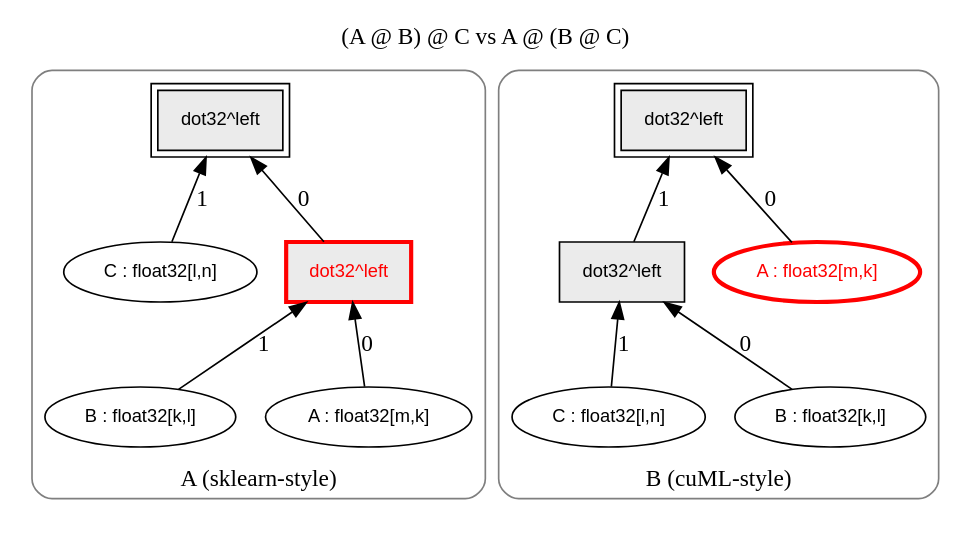
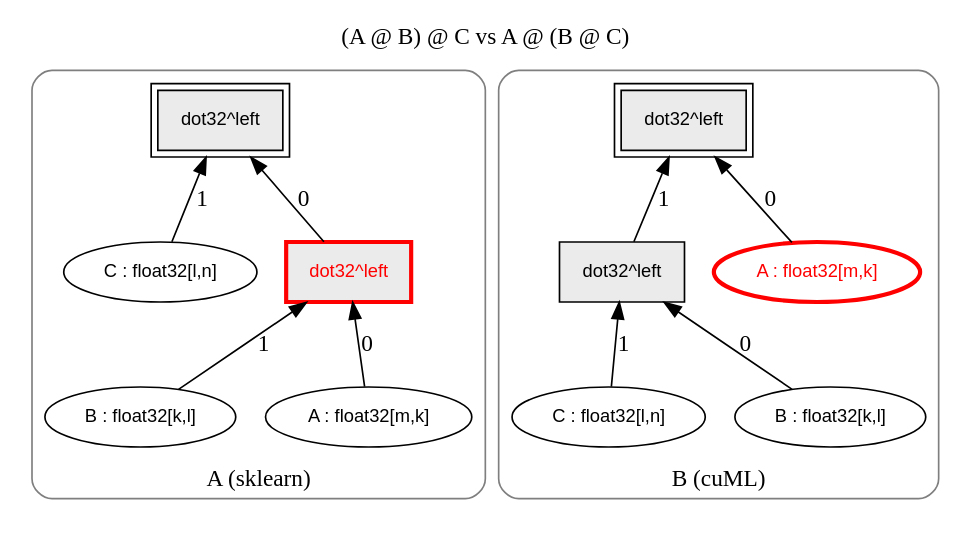
The diagram in TE/dot/Graph.dot (MuyeedAhmed/Symbolic-FP-Error-Detection), drawn with Graphviz before and after one commit. The commit also changed 2 other files, not shown here.

```diff
--- a/TE/dot/Graph.dot
+++ b/TE/dot/Graph.dot
@@ -1,26 +1,26 @@
 digraph effects {
   label="(A @ B) @ C vs A @ (B @ C)"; labelloc=t; fontsize=14;
   rankdir=BT; node [shape=box, fontname=Helvetica, fontsize=11];
-  subgraph cluster_A { label="A (sklearn-style)"; style=rounded; color=gray50;
+  subgraph cluster_A { label="A (sklearn)"; style=rounded; color=gray50;
     A0 [label="dot32^left", style=filled, fillcolor=gray92, peripheries=2];
     A1 [label="dot32^left", style=filled, fillcolor=gray92, color=red, penwidth=2.5, fontcolor=red];
     A2 [label="A : float32[m,k]", shape=ellipse];
     A3 [label="B : float32[k,l]", shape=ellipse];
     A4 [label="C : float32[l,n]", shape=ellipse];
     A1 -> A0 [label="0"];
     A4 -> A0 [label="1"];
     A2 -> A1 [label="0"];
     A3 -> A1 [label="1"];
   }
-  subgraph cluster_B { label="B (cuML-style)"; style=rounded; color=gray50;
+  subgraph cluster_B { label="B (cuML)"; style=rounded; color=gray50;
     B0 [label="dot32^left", style=filled, fillcolor=gray92, peripheries=2];
     B1 [label="A : float32[m,k]", shape=ellipse, color=red, penwidth=2.5, fontcolor=red];
     B2 [label="dot32^left", style=filled, fillcolor=gray92];
     B3 [label="B : float32[k,l]", shape=ellipse];
     B4 [label="C : float32[l,n]", shape=ellipse];
     B1 -> B0 [label="0"];
     B2 -> B0 [label="1"];
     B3 -> B2 [label="0"];
     B4 -> B2 [label="1"];
   }
 }
```
